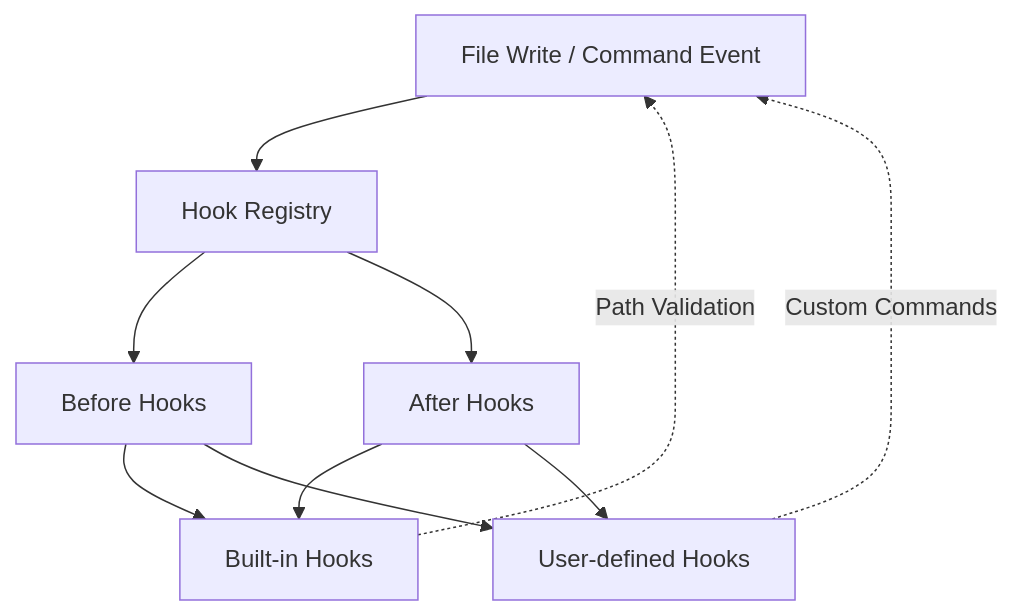
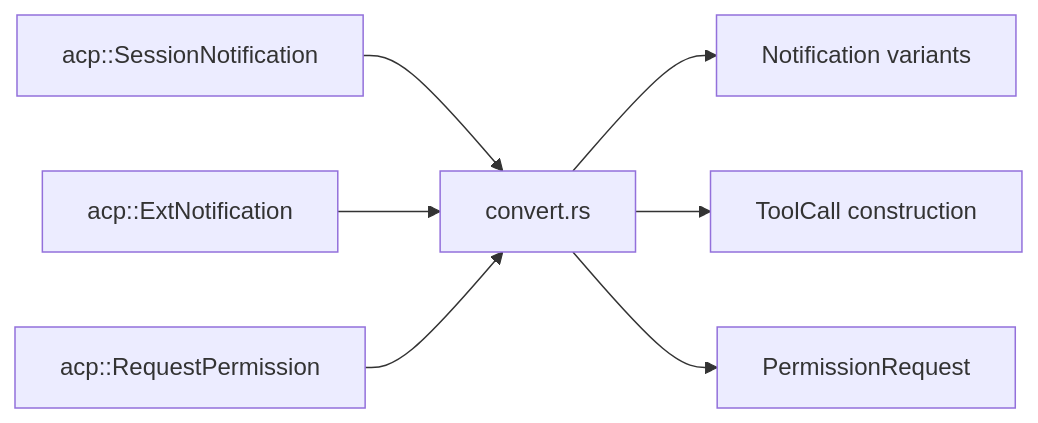
Before and after one commit to dwalleck/cyril: the fifth of 7 diagrams in .agents/summary/architecture.md, drawn with Mermaid. The commit also changed other lines of this file and 9 other files, not shown here.

````diff
--- a/.agents/summary/architecture.md
+++ b/.agents/summary/architecture.md
@@ -134,20 +131,9 @@
 ```mermaid
-graph TB
-    Event[File Write / Command Event]
-    Registry[Hook Registry]
-    Before[Before Hooks]
-    After[After Hooks]
-    Builtin[Built-in Hooks]
-    User[User-defined Hooks]
-    
-    Event --> Registry
-    Registry --> Before
-    Registry --> After
-    Before --> Builtin
-    Before --> User
-    After --> Builtin
-    After --> User
-    
-    Builtin -.Path Validation.-> Event
-    User -.Custom Commands.-> Event
+graph LR
+    ACP_SESSION[acp::SessionNotification] --> CONVERT[convert.rs]
+    ACP_EXT[acp::ExtNotification] --> CONVERT
+    ACP_PERM[acp::RequestPermission] --> CONVERT
+    CONVERT --> NOTIF[Notification variants]
+    CONVERT --> TOOL[ToolCall construction]
+    CONVERT --> PERM[PermissionRequest]
 ```
````
